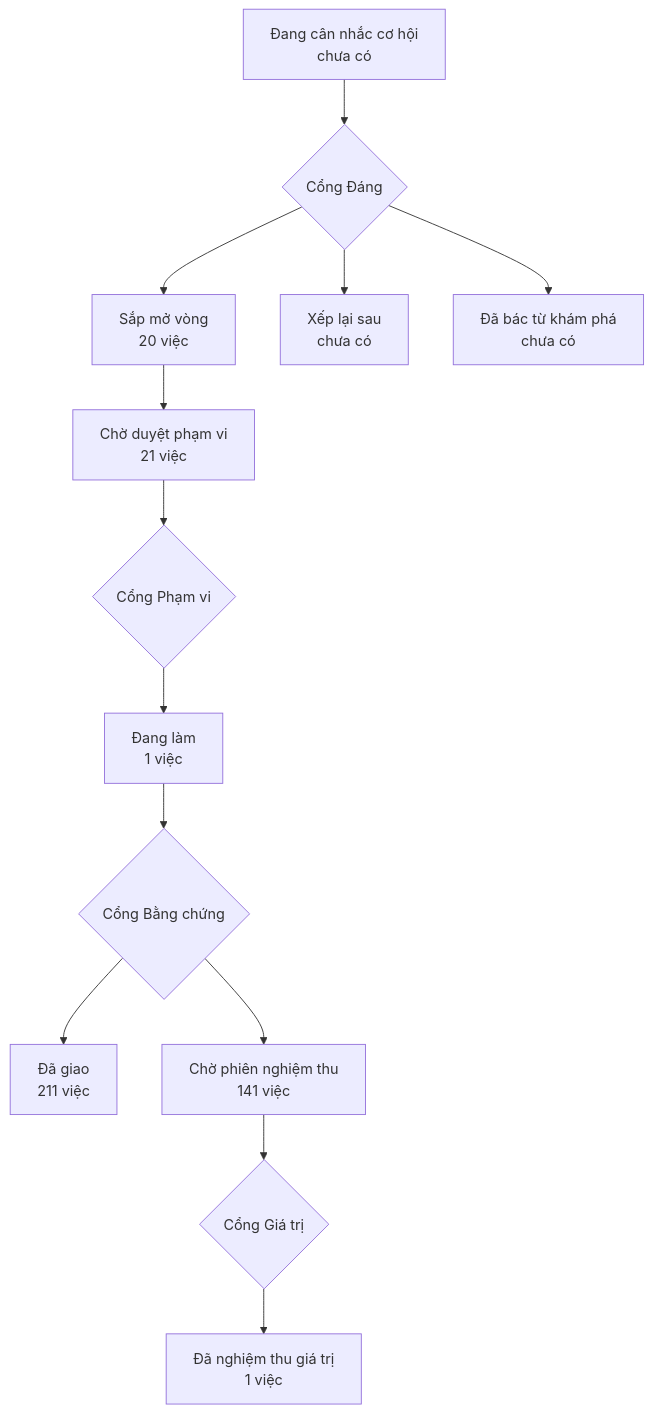
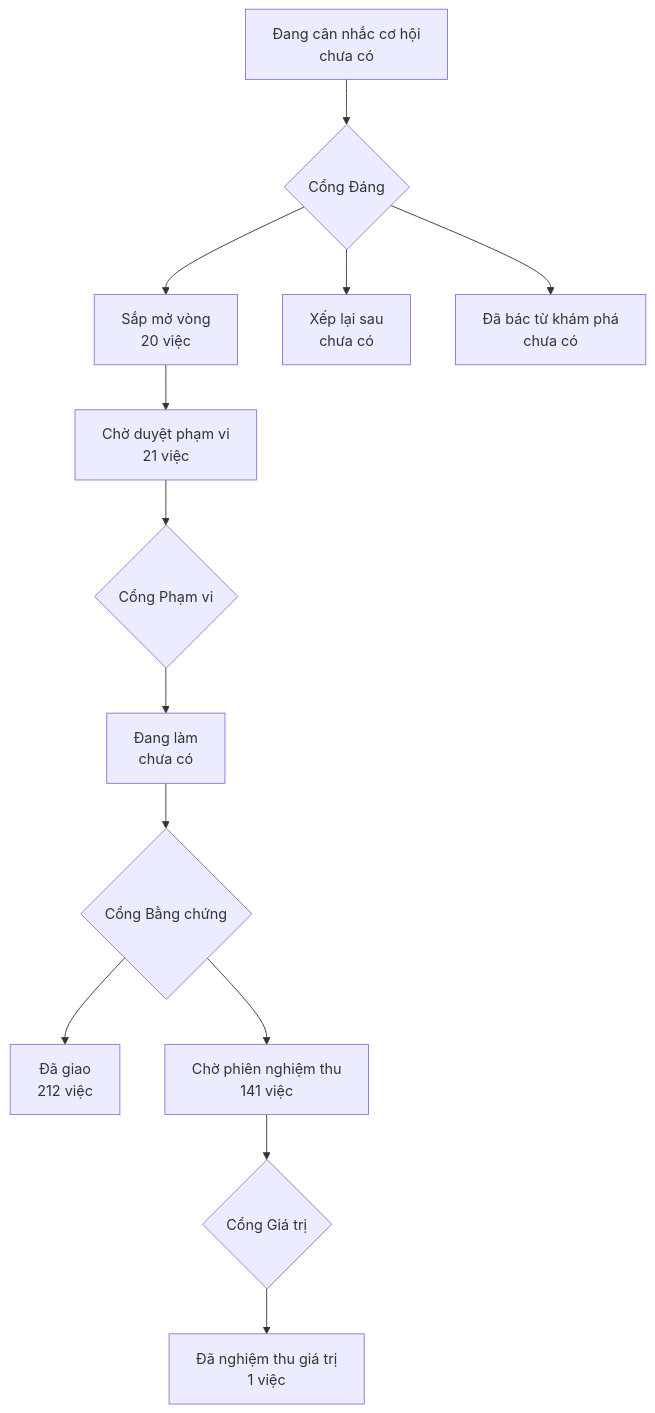
One commit to phanlemanh/onehub-invest changed the diagram in PRODUCT-MAP.md. Above: the diagram before and after it, drawn with Mermaid. The commit also changed other lines of this file and 4 other files, not shown here.

````diff
--- a/PRODUCT-MAP.md
+++ b/PRODUCT-MAP.md
@@ -7,12 +7,12 @@
 ```mermaid
 flowchart TD
   A["Đang cân nhắc cơ hội<br/>chưa có"] --> GD{"Cổng Đáng"}
   GD --> B["Sắp mở vòng<br/>20 việc"]
   GD --> XL["Xếp lại sau<br/>chưa có"]
   GD --> DB["Đã bác từ khám phá<br/>chưa có"]
   B --> CD["Chờ duyệt phạm vi<br/>21 việc"] --> GP{"Cổng Phạm vi"}
-  GP --> DL["Đang làm<br/>1 việc"] --> GB{"Cổng Bằng chứng"}
-  GB --> DG["Đã giao<br/>211 việc"]
+  GP --> DL["Đang làm<br/>chưa có"] --> GB{"Cổng Bằng chứng"}
+  GB --> DG["Đã giao<br/>212 việc"]
   GB --> CN["Chờ phiên nghiệm thu<br/>141 việc"] --> GG{"Cổng Giá trị"}
   GG --> NT["Đã nghiệm thu giá trị<br/>1 việc"]
 ```
````
